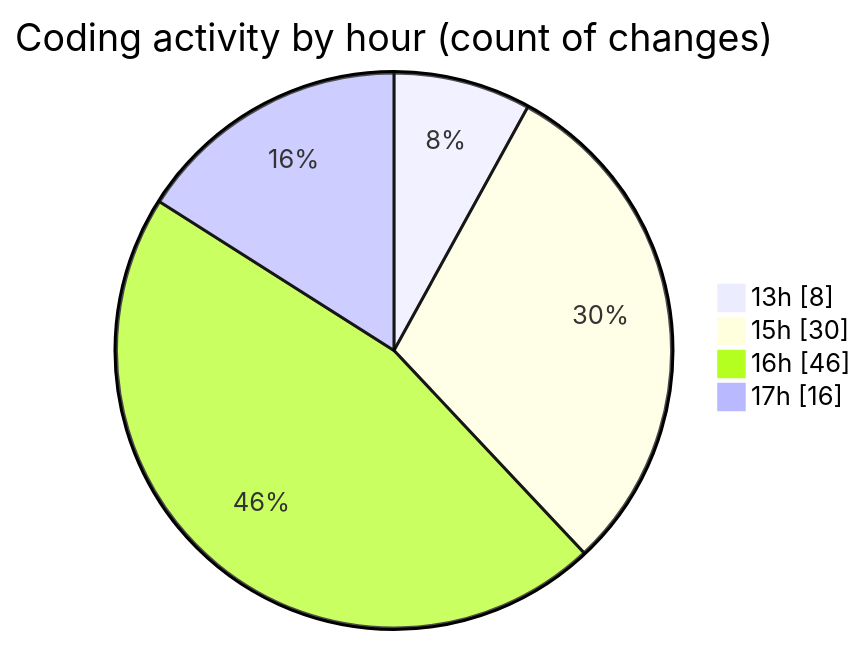
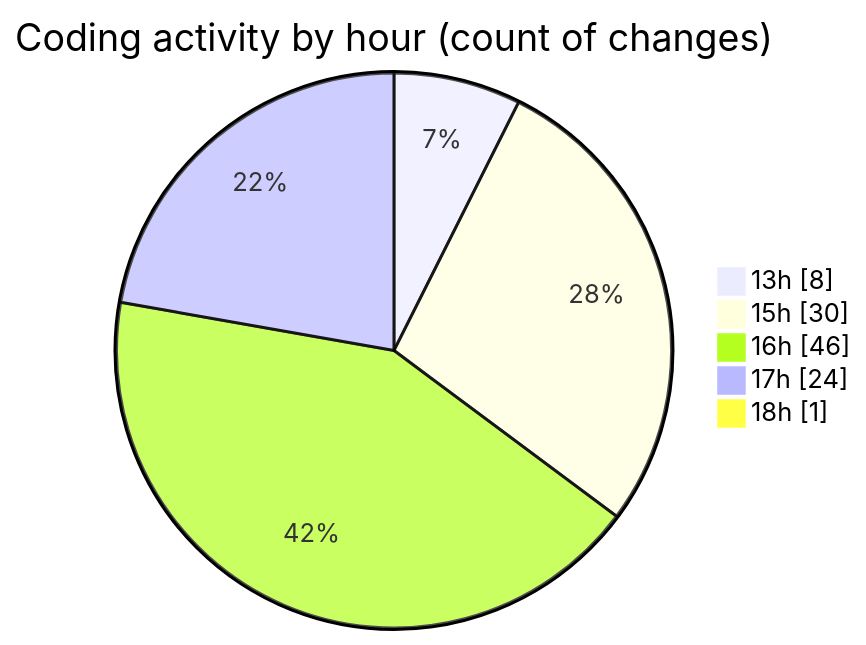
One commit to nxtqubesakshisongat/code-tracking changed the second of 2 diagrams in 2025-04-08/nxtqube_webapp/README.md. Above: the diagram before and after it, drawn with Mermaid. The commit also changed other lines of this file and 1 other file, not shown here.

````diff
--- a/2025-04-08/nxtqube_webapp/README.md
+++ b/2025-04-08/nxtqube_webapp/README.md
@@ -32,8 +32,9 @@
 ```mermaid
 pie showData
 title Coding activity by hour (count of changes)
 "13h" : 8
 "15h" : 30
 "16h" : 46
-"17h" : 16
+"17h" : 24
+"18h" : 1
 ```
````
